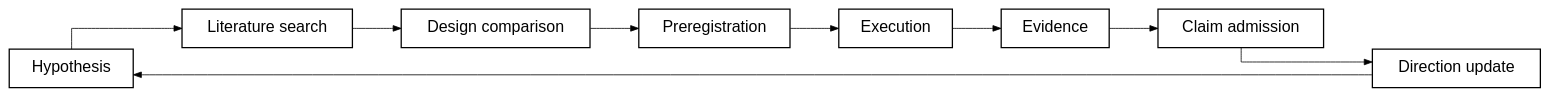
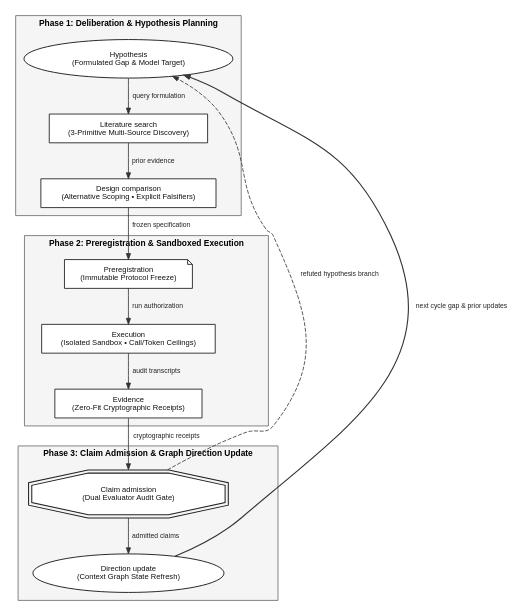
One commit to umyunsang/argo changed the diagram in paper/figures/rendered/fig-02.dot. Above: the diagram before and after it, drawn with Graphviz. The commit also changed 32 other files, not shown here.

Commit message:
feat(paper): redesign all 9 figures into rich multi-tier technical architecture schematics with balanced aspect ratios

```diff
--- a/paper/figures/rendered/fig-02.dot
+++ b/paper/figures/rendered/fig-02.dot
@@ -1,24 +1,85 @@
-digraph G {
-  rankdir=LR;
+digraph ResearchLoop {
+  compound=true;
+  rankdir=TB;
   bgcolor=white;
-  node [shape=box, style=solid, color=black, fontcolor=black, fontname="Helvetica", fontsize=20, penwidth=1.6, margin="0.30,0.18"];
-  edge [color=black, fontcolor=black, arrowhead=normal, penwidth=1.0];
-  splines=ortho;
-  nodesep=0.70; ranksep=0.85;
-  "Hypothesis" [label="Hypothesis"];
-  "Literature search" [label="Literature search"];
-  "Design comparison" [label="Design comparison"];
-  "Preregistration" [label="Preregistration"];
-  "Execution" [label="Execution"];
-  "Evidence" [label="Evidence"];
-  "Claim admission" [label="Claim admission"];
-  "Direction update" [label="Direction update"];
-  "Hypothesis" -> "Literature search";
-  "Literature search" -> "Design comparison";
-  "Design comparison" -> "Preregistration";
-  "Preregistration" -> "Execution";
-  "Execution" -> "Evidence";
-  "Evidence" -> "Claim admission";
-  "Claim admission" -> "Direction update";
-  "Direction update" -> "Hypothesis";
+  nodesep=0.45;
+  ranksep=0.50;
+
+  node [
+    shape=box,
+    style="filled,solid",
+    fillcolor="#FFFFFF",
+    color="#222222",
+    fontcolor="#111111",
+    fontname="Helvetica",
+    fontsize=9.5,
+    penwidth=1.1,
+    margin="0.16,0.10"
+  ];
+
+  edge [
+    color="#333333",
+    fontcolor="#222222",
+    fontname="Helvetica",
+    fontsize=8.5,
+    arrowhead=normal,
+    arrowsize=0.75,
+    penwidth=1.0
+  ];
+
+  subgraph cluster_plan {
+    label="Phase 1: Deliberation & Hypothesis Planning";
+    fontname="Helvetica-Bold";
+    fontsize=10.5;
+    color="#666666";
+    fillcolor="#F5F5F5";
+    style="filled,solid";
+    margin=10;
+
+    hypo [label="Hypothesis\n(Formulated Gap & Model Target)", shape=ellipse, penwidth=1.2];
+    lit_search [label="Literature search\n(3-Primitive Multi-Source Discovery)"];
+    design_comp [label="Design comparison\n(Alternative Scoping • Explicit Falsifiers)"];
+
+    hypo -> lit_search [label="query formulation"];
+    lit_search -> design_comp [label="prior evidence"];
+  }
+
+  subgraph cluster_exec {
+    label="Phase 2: Preregistration & Sandboxed Execution";
+    fontname="Helvetica-Bold";
+    fontsize=10.5;
+    color="#666666";
+    fillcolor="#F5F5F5";
+    style="filled,solid";
+    margin=10;
+
+    prereg [label="Preregistration\n(Immutable Protocol Freeze)", shape=note];
+    exec [label="Execution\n(Isolated Sandbox • Call/Token Ceilings)"];
+    evidence [label="Evidence\n(Zero-Fit Cryptographic Receipts)"];
+
+    prereg -> exec [label="run authorization"];
+    exec -> evidence [label="audit transcripts"];
+  }
+
+  subgraph cluster_gate {
+    label="Phase 3: Claim Admission & Graph Direction Update";
+    fontname="Helvetica-Bold";
+    fontsize=10.5;
+    color="#666666";
+    fillcolor="#F5F5F5";
+    style="filled,solid";
+    margin=10;
+
+    claim_adm [label="Claim admission\n(Dual Evaluator Audit Gate)", shape=doubleoctagon, penwidth=1.3];
+    dir_update [label="Direction update\n(Context Graph State Refresh)", shape=ellipse, penwidth=1.2];
+
+    claim_adm -> dir_update [label="admitted claims"];
+  }
+
+  design_comp -> prereg [label="frozen specification"];
+  evidence -> claim_adm [label="cryptographic receipts"];
+
+  // Cycle Closing Feedback Edges
+  dir_update -> hypo [label="next cycle gap & prior updates", constraint=false, style=bold, penwidth=1.4];
+  claim_adm -> hypo [label="refuted hypothesis branch", constraint=false, style=dashed];
 }
```
